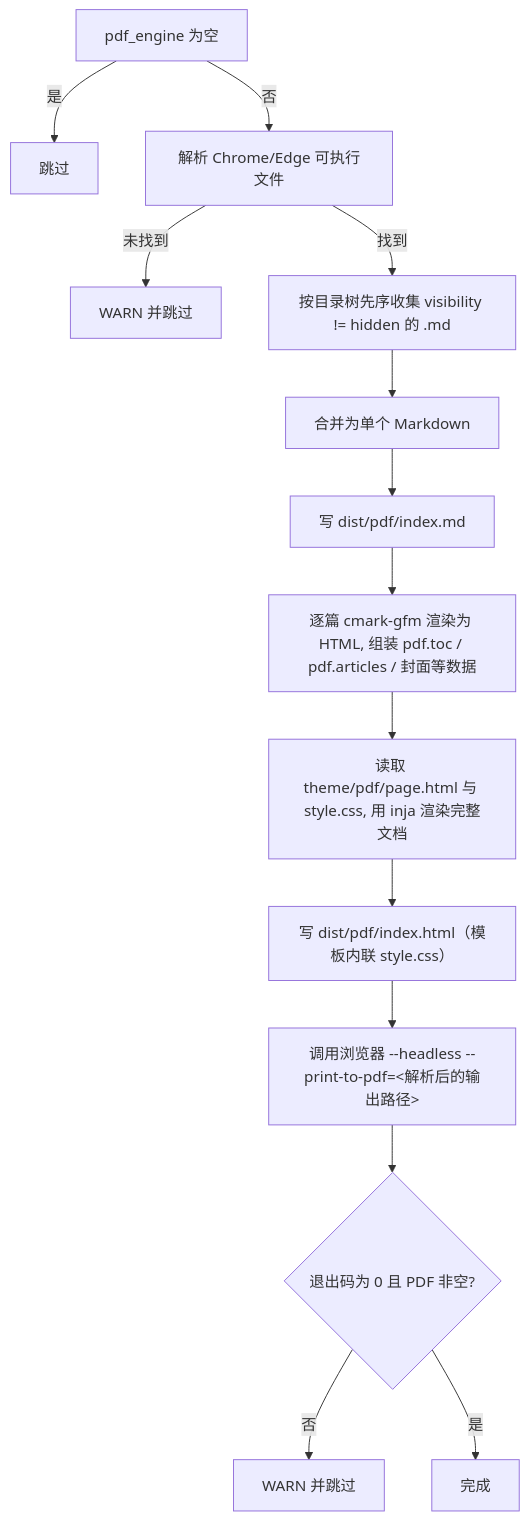
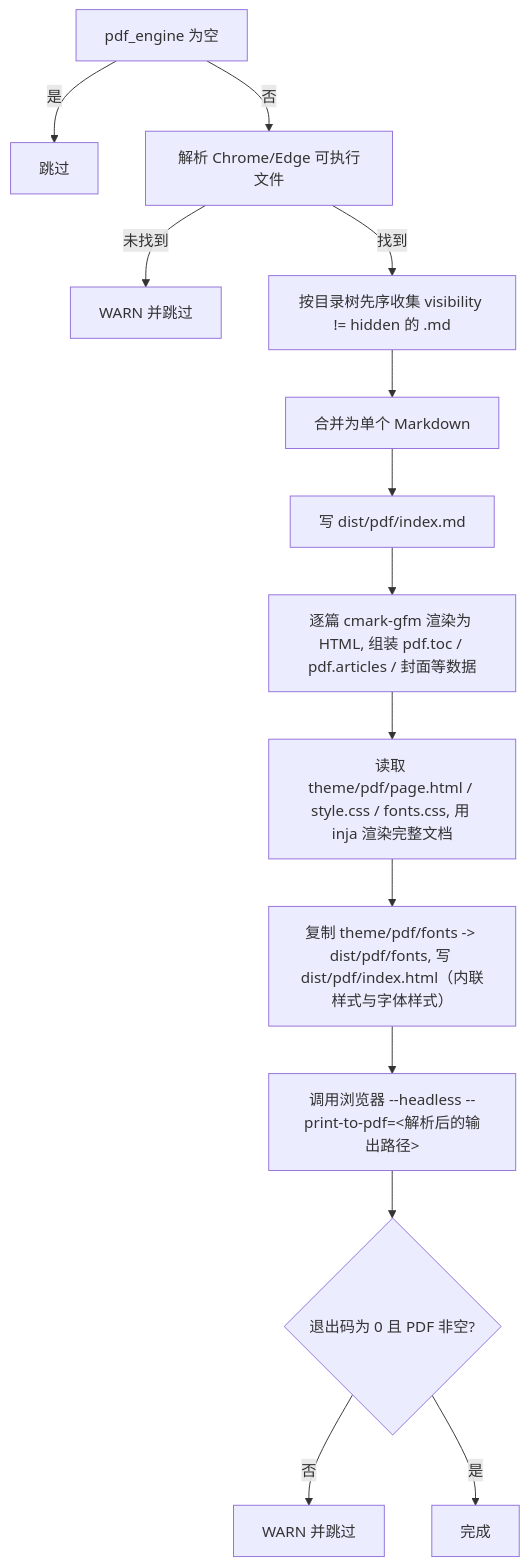
Before and after one commit to o8x/camus: the second of 2 diagrams in docs/prd/06-output.md, drawn with Mermaid. The commit also changed other lines of this file and 13 other files, not shown here.

Commit message:
feat: support custom pdf fonts in theme/pdf

````diff
--- a/docs/prd/06-output.md
+++ b/docs/prd/06-output.md
@@ -177,16 +180,16 @@
 ```mermaid
 flowchart TD
     A[pdf_engine 为空] -->|是| Z[跳过]
     A -->|否| B[解析 Chrome/Edge 可执行文件]
     B -->|未找到| W[WARN 并跳过]
     B -->|找到| C[按目录树先序收集 visibility != hidden 的 .md]
     C --> D[合并为单个 Markdown]
     D --> E[写 dist/pdf/index.md]
     E --> F[逐篇 cmark-gfm 渲染为 HTML, 组装 pdf.toc / pdf.articles / 封面等数据]
-    F --> G[读取 theme/pdf/page.html 与 style.css, 用 inja 渲染完整文档]
-    G --> H[写 dist/pdf/index.html（模板内联 style.css）]
+    F --> G[读取 theme/pdf/page.html / style.css / fonts.css, 用 inja 渲染完整文档]
+    G --> H[复制 theme/pdf/fonts -> dist/pdf/fonts, 写 dist/pdf/index.html（内联样式与字体样式）]
     H --> I[调用浏览器 --headless --print-to-pdf=<解析后的输出路径>]
     I --> J{退出码为 0 且 PDF 非空?}
     J -->|否| W2[WARN 并跳过]
     J -->|是| K[完成]
 ```
````
